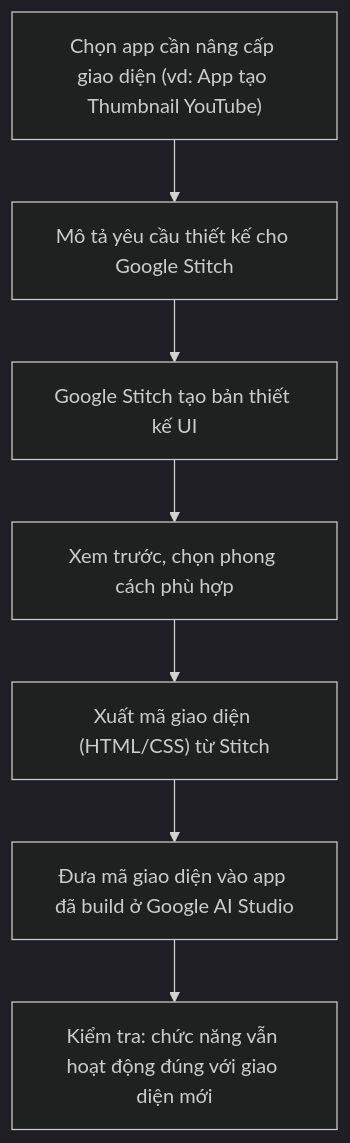
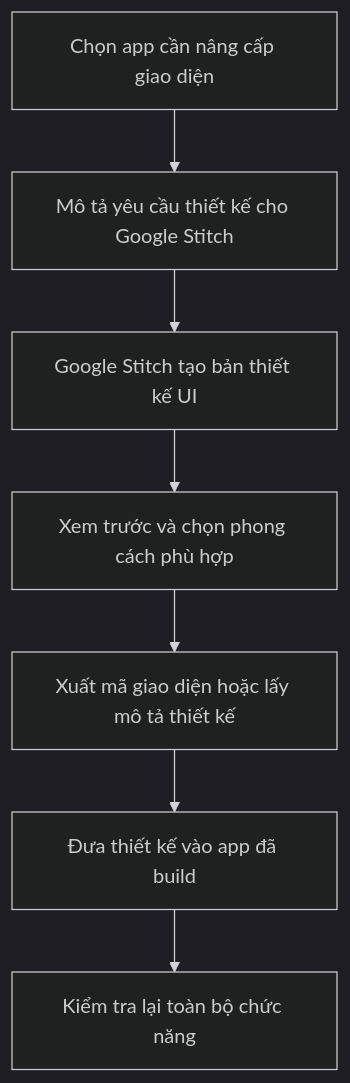
One commit to AlanKhan145/course-knowledge-base changed the diagram in khoa-hoc-vibe-coding-co-ban/Module 04 - Ky Nang Prompting Vibe Code/14-thiet-ke-giao-dien-voi-google-stitch.md. Above: the diagram before and after it, drawn with Mermaid (dark theme). The commit also changed other lines of this file and 19 other files, not shown here.

````diff
--- a/khoa-hoc-vibe-coding-co-ban/Module 04 - Ky Nang Prompting Vibe Code/14-thiet-ke-giao-dien-voi-google-stitch.md
+++ b/khoa-hoc-vibe-coding-co-ban/Module 04 - Ky Nang Prompting Vibe Code/14-thiet-ke-giao-dien-voi-google-stitch.md
@@ -33,9 +62,9 @@
 ```mermaid
 flowchart TD
-    A["Chọn app cần nâng cấp giao diện (vd: App tạo Thumbnail YouTube)"] --> B["Mô tả yêu cầu thiết kế cho Google Stitch"]
+    A["Chọn app cần nâng cấp giao diện"] --> B["Mô tả yêu cầu thiết kế cho Google Stitch"]
     B --> C["Google Stitch tạo bản thiết kế UI"]
-    C --> D["Xem trước, chọn phong cách phù hợp"]
-    D --> E["Xuất mã giao diện (HTML/CSS) từ Stitch"]
-    E --> F["Đưa mã giao diện vào app đã build ở Google AI Studio"]
-    F --> G["Kiểm tra: chức năng vẫn hoạt động đúng với giao diện mới"]
+    C --> D["Xem trước và chọn phong cách phù hợp"]
+    D --> E["Xuất mã giao diện hoặc lấy mô tả thiết kế"]
+    E --> F["Đưa thiết kế vào app đã build"]
+    F --> G["Kiểm tra lại toàn bộ chức năng"]
 ```
````
